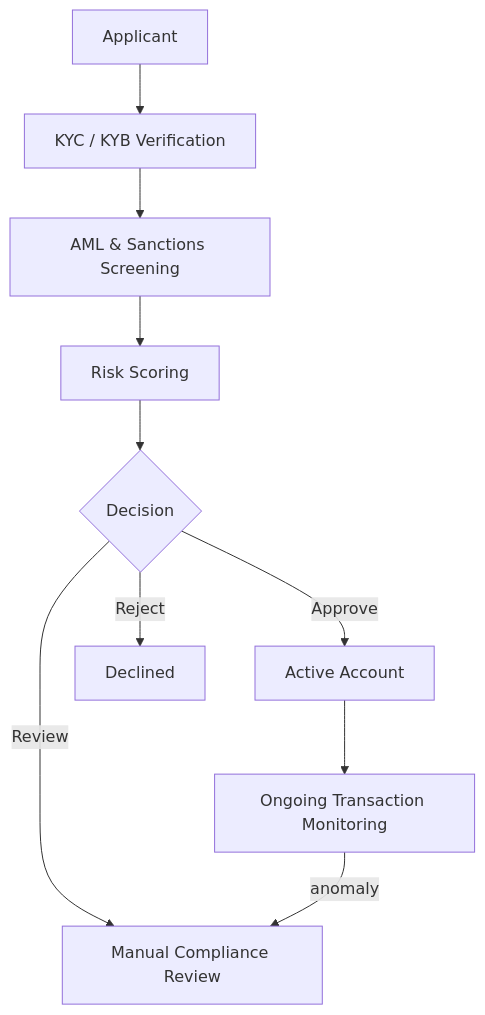
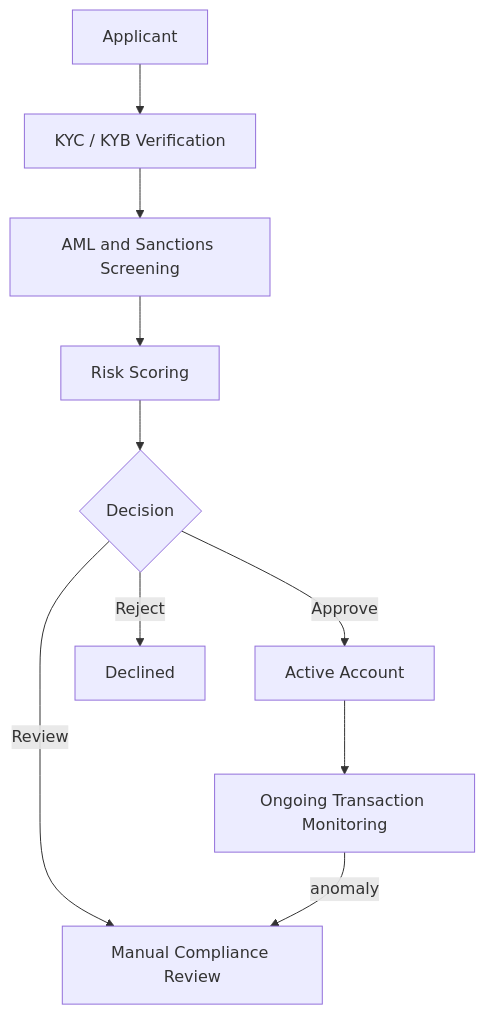
Before and after one commit to arasghorbani9090-web/orveda-pay: the fourth of 7 diagrams in README.md, drawn with Mermaid. The commit also changed other lines of this file and 2 other files, not shown here.

````diff
--- a/README.md
+++ b/README.md
@@ -190,12 +219,12 @@
 ```mermaid
 flowchart TD
     App[Applicant] --> KYC[KYC / KYB Verification]
-    KYC --> Screen[AML &amp; Sanctions Screening]
+    KYC --> Screen[AML and Sanctions Screening]
     Screen --> Risk[Risk Scoring]
     Risk --> Decision{Decision}
     Decision -->|Approve| Active[Active Account]
     Decision -->|Review| Manual[Manual Compliance Review]
     Decision -->|Reject| Declined[Declined]
     Active --> Monitor[Ongoing Transaction Monitoring]
     Monitor -->|anomaly| Manual
 ```
````
